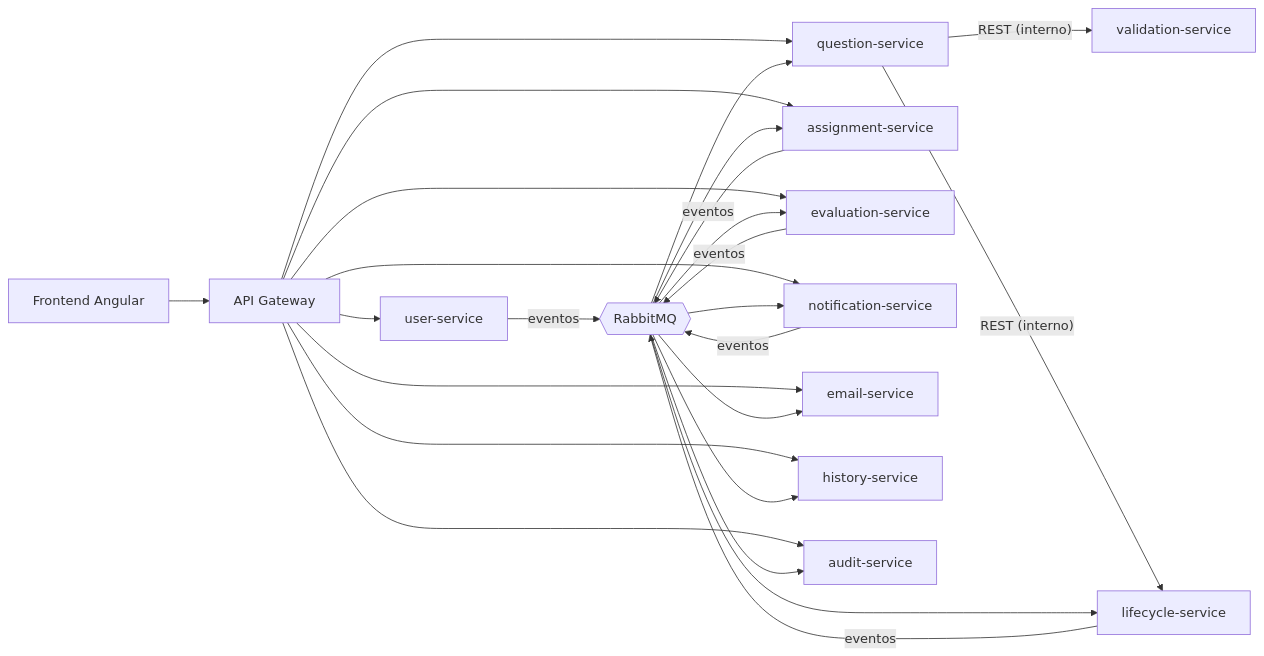
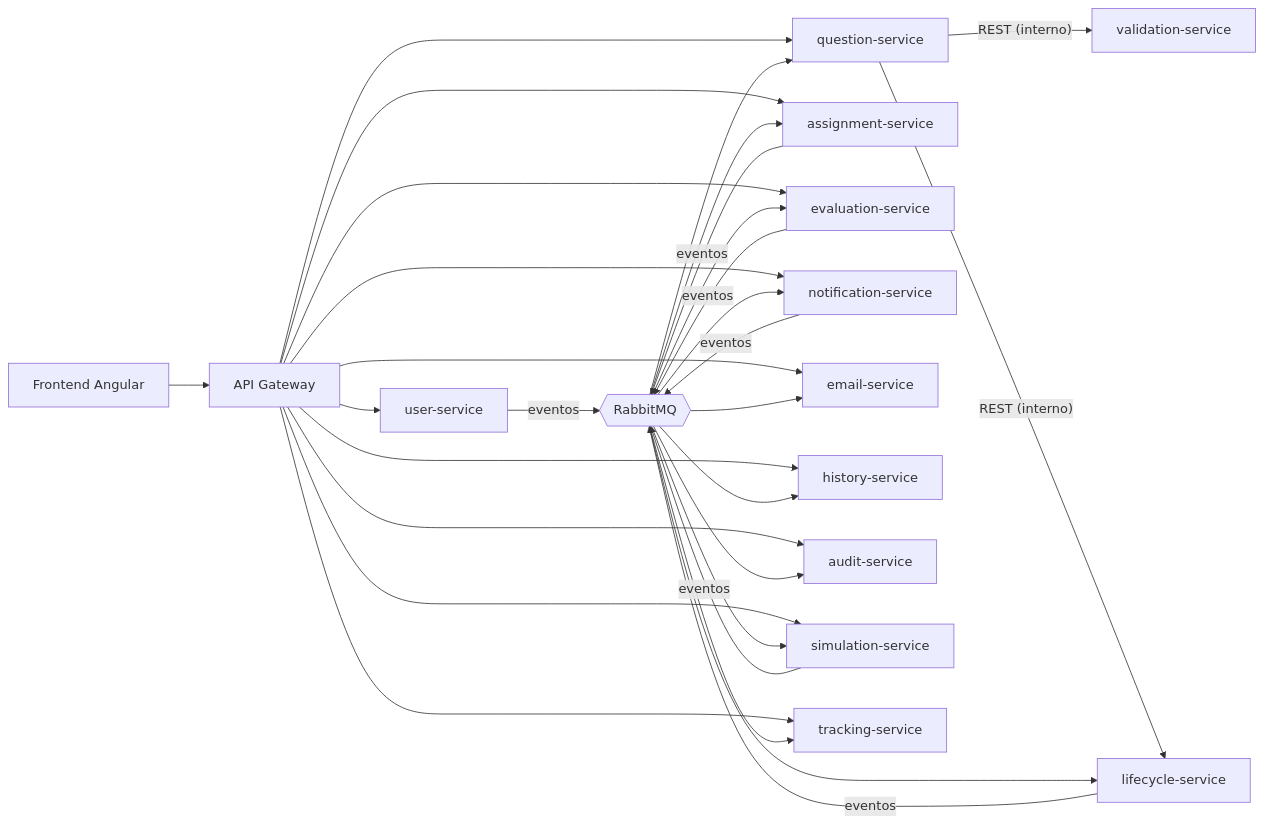
One commit to DVLASZ/banco-preguntas-saberpro changed the diagram in README.md. Above: the diagram before and after it, drawn with Mermaid. The commit also changed other lines of this file, not shown here.

````diff
--- a/README.md
+++ b/README.md
@@ -27,16 +39,18 @@
 ```mermaid
 flowchart LR
   FE["Frontend Angular"] --> GW["API Gateway"]
   GW --> U["user-service"]
   GW --> Q["question-service"]
   GW --> A["assignment-service"]
   GW --> E["evaluation-service"]
   GW --> N["notification-service"]
   GW --> EM["email-service"]
   GW --> H["history-service"]
   GW --> AU["audit-service"]
+  GW --> SI["simulation-service"]
+  GW --> TR["tracking-service"]
   Q -- "REST (interno)" --> V["validation-service"]
   Q -- "REST (interno)" --> L["lifecycle-service"]
-  L & A & E & N & U -- eventos --> MQ{{"RabbitMQ"}}
-  MQ --> Q & L & A & E & N & EM & H & AU
+  L & A & E & N & U & SI -- eventos --> MQ{{"RabbitMQ"}}
+  MQ --> Q & L & A & E & N & EM & H & AU & SI & TR
 ```
````
